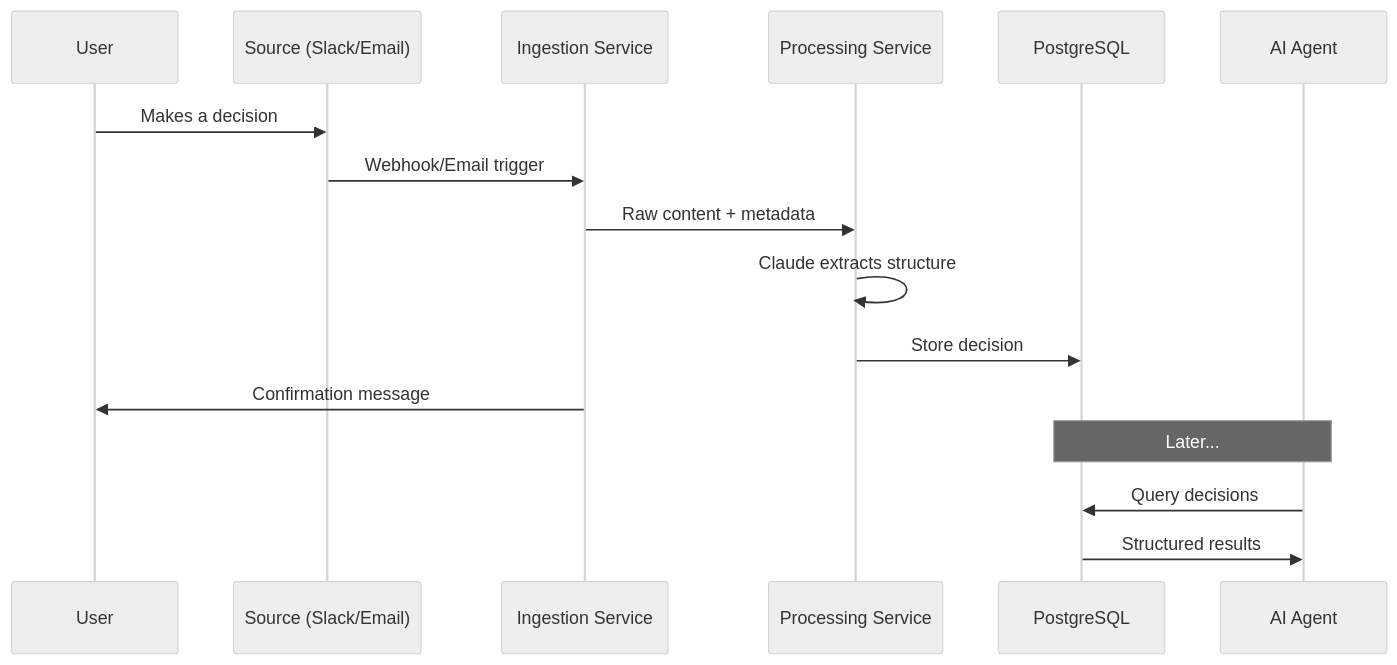
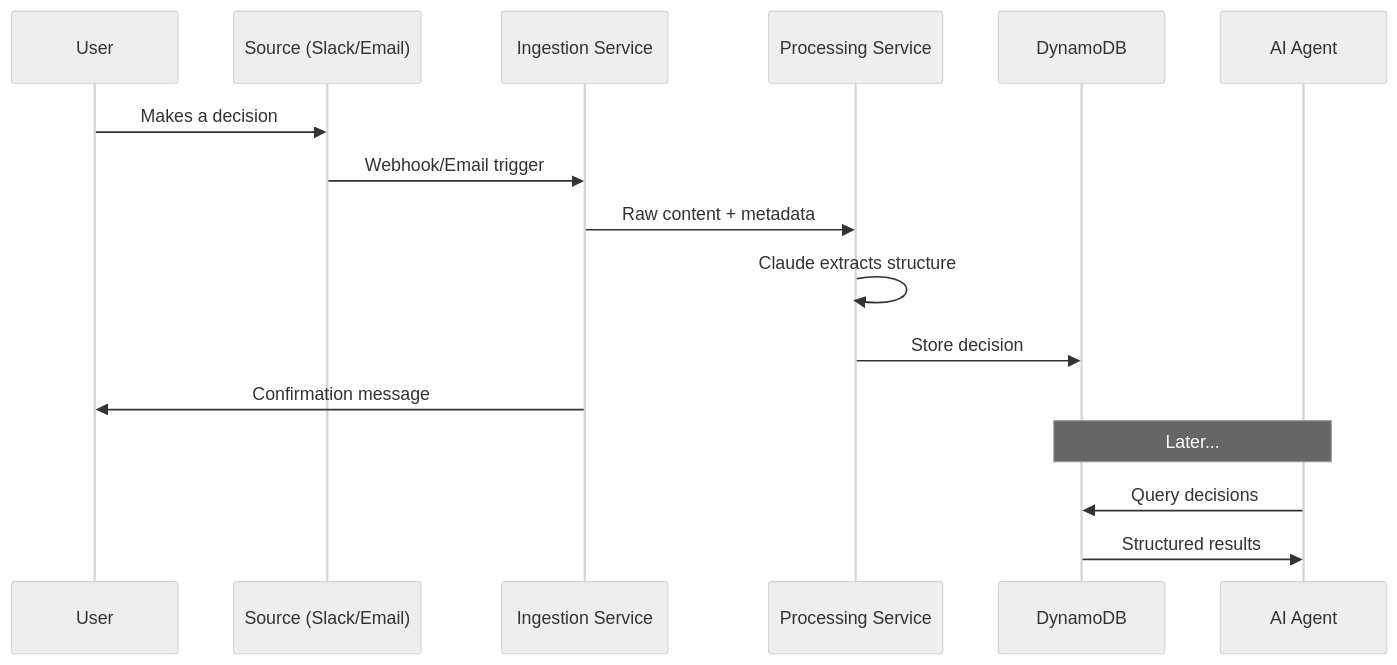
One commit to rawatadit/decision-ledger changed the third of 9 diagrams in decision-ledger/DESIGN.md. Above: the diagram before and after it, drawn with Mermaid (neutral theme). The commit also changed other lines of this file, not shown here.

First line of the commit message:
Add Technology Decisions section and fix PostgreSQL references

````diff
--- a/decision-ledger/DESIGN.md
+++ b/decision-ledger/DESIGN.md
@@ -109,21 +113,21 @@
 ```mermaid
 sequenceDiagram
     participant User
     participant Source as Source (Slack/Email)
     participant Ingestion as Ingestion Service
     participant Processor as Processing Service
-    participant DB as PostgreSQL
+    participant DB as DynamoDB
     participant Agent as AI Agent
 
     User->>Source: Makes a decision
     Source->>Ingestion: Webhook/Email trigger
     Ingestion->>Processor: Raw content + metadata
     Processor->>Processor: Claude extracts structure
     Processor->>DB: Store decision
     Ingestion->>User: Confirmation message
 
     Note over Agent,DB: Later...
 
     Agent->>DB: Query decisions
     DB->>Agent: Structured results
 ```
````
